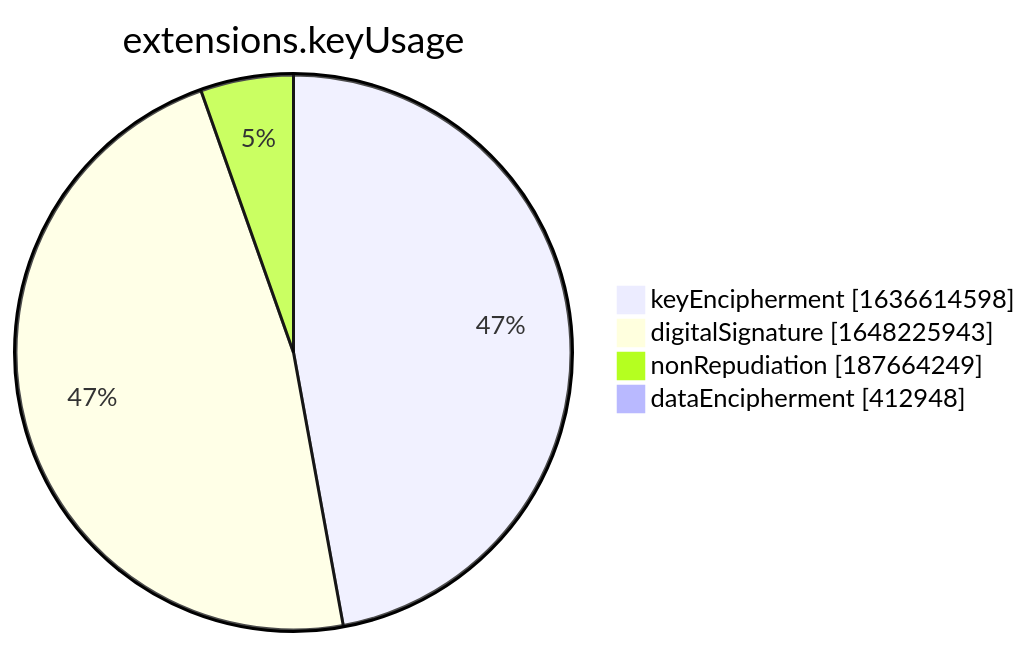
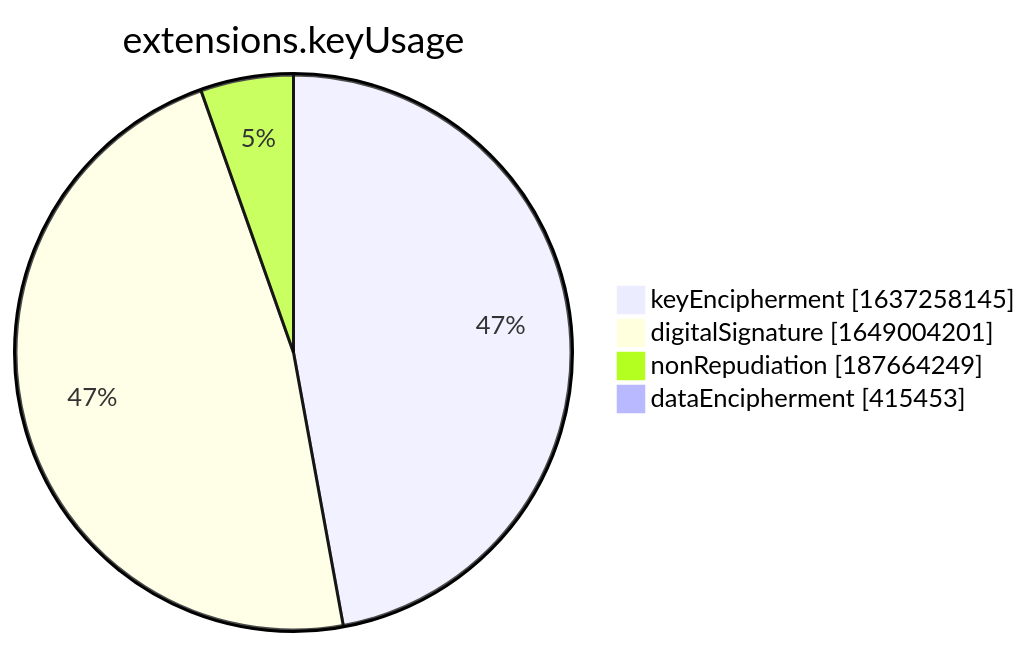
The seventh of 15 diagrams in xenon2022/README.md (christiankrug/ctmonitor_visualization), drawn with Mermaid before and after one commit. The commit also changed other lines of this file, not shown here.

````diff
--- a/xenon2022/README.md
+++ b/xenon2022/README.md
@@ -2856,8 +2856,8 @@
 ```mermaid
 pie showData
 title extensions.keyUsage
-"keyEncipherment" :1636614598
-"digitalSignature" :1648225943
+"keyEncipherment" :1637258145
+"digitalSignature" :1649004201
 "nonRepudiation" :187664249
-"dataEncipherment" :412948
+"dataEncipherment" :415453
 ```
````
